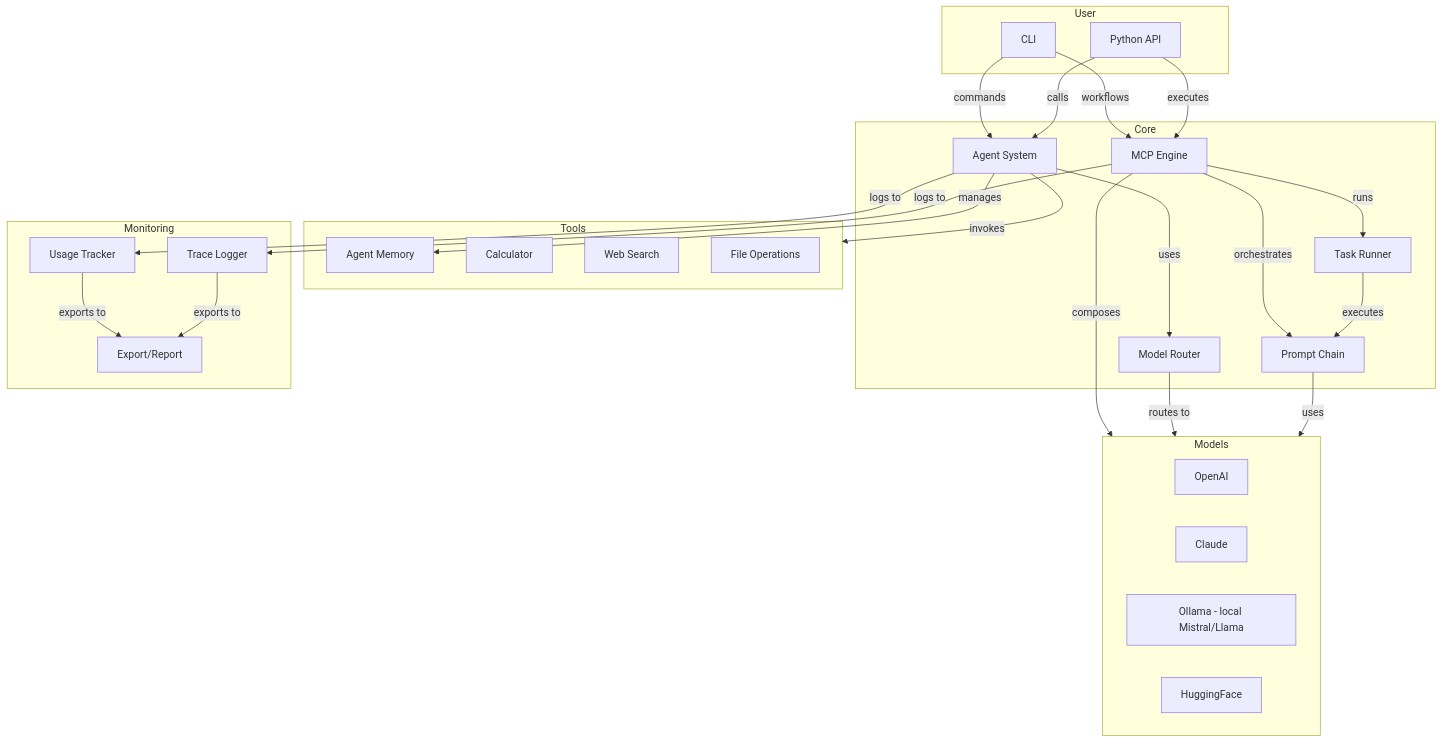
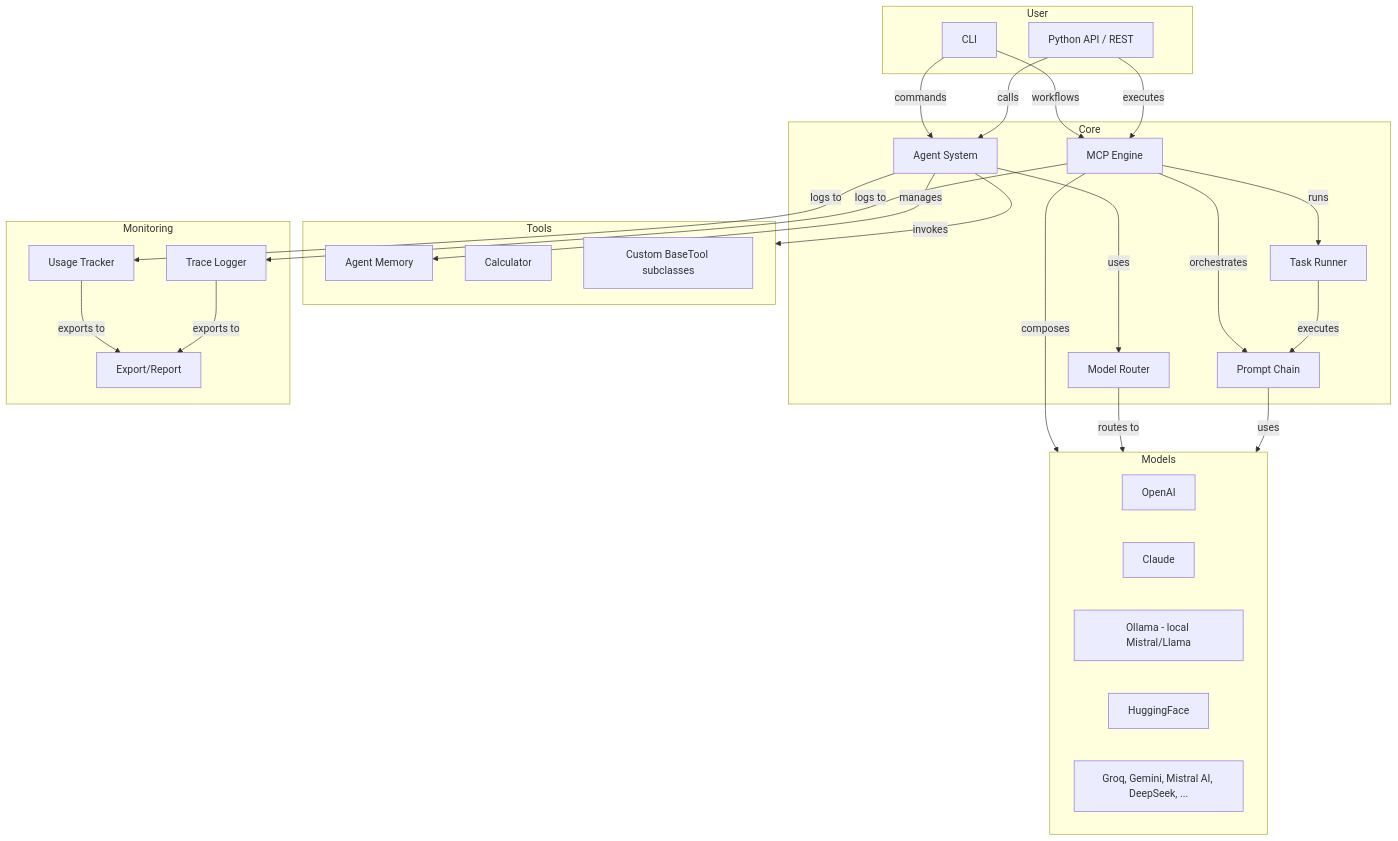
Before and after one commit to multimindlab/multimind-sdk: the diagram in docs/features_and_functions.md, drawn with Mermaid. The commit also changed other lines of this file and 274 other files, not shown here.

````diff
--- a/docs/features_and_functions.md
+++ b/docs/features_and_functions.md
@@ -239,57 +178,57 @@
 ```mermaid
 graph TD
     subgraph User
         CLI[CLI]
-        API[Python API]
+        API[Python API / REST]
     end
-    
+
     subgraph Core
         Agent[Agent System]
         MCP[MCP Engine]
         Router[Model Router]
         Chain[Prompt Chain]
         Runner[Task Runner]
     end
-    
+
     subgraph Models
         OpenAI[OpenAI]
         Claude[Claude]
         Ollama[Ollama - local Mistral/Llama]
         HF[HuggingFace]
+        More[Groq, Gemini, Mistral AI, DeepSeek, ...]
     end
-    
+
     subgraph Tools
         Memory[Agent Memory]
         Calculator[Calculator]
-        WebSearch[Web Search]
-        FileOps[File Operations]
+        Custom[Custom BaseTool subclasses]
     end
-    
+
     subgraph Monitoring
         Usage[Usage Tracker]
         Trace[Trace Logger]
         Export[Export/Report]
     end
-    
+
     CLI -->|commands| Agent
     CLI -->|workflows| MCP
     API -->|calls| Agent
     API -->|executes| MCP
-    
+
     Agent -->|uses| Router
     Agent -->|manages| Memory
     Agent -->|invokes| Tools
-    
+
     MCP -->|composes| Models
     MCP -->|orchestrates| Chain
     MCP -->|runs| Runner
-    
+
     Router -->|routes to| Models
     Chain -->|uses| Models
     Runner -->|executes| Chain
-    
+
     Agent -->|logs to| Usage
     MCP -->|logs to| Trace
     Usage -->|exports to| Export
     Trace -->|exports to| Export
 ```
````
